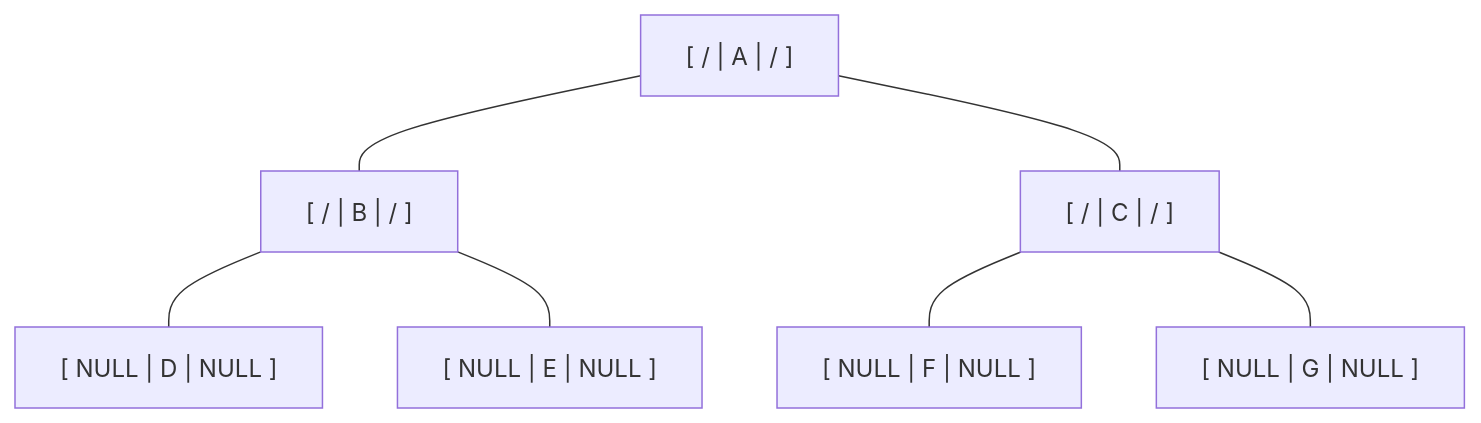
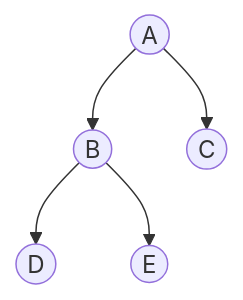
Before and after one commit to ARYAN-KUMAR-22/dsa: the second of 2 diagrams in tree/11_linked_representation.md, drawn with Mermaid. The commit also changed other lines of this file and 4 other files, not shown here.

````diff
--- a/tree/11_linked_representation.md
+++ b/tree/11_linked_representation.md
@@ -27,9 +40,7 @@
 ```mermaid
 graph TD
-    A["[ / | A | / ]"] --- B["[ / | B | / ]"]
-    A --- C["[ / | C | / ]"]
-    B --- D["[ NULL | D | NULL ]"]
-    B --- E["[ NULL | E | NULL ]"]
-    C --- F["[ NULL | F | NULL ]"]
-    C --- G["[ NULL | G | NULL ]"]
+    A((A)) --> B((B))
+    A --> C((C))
+    B --> D((D))
+    B --> E((E))
 ```
````
